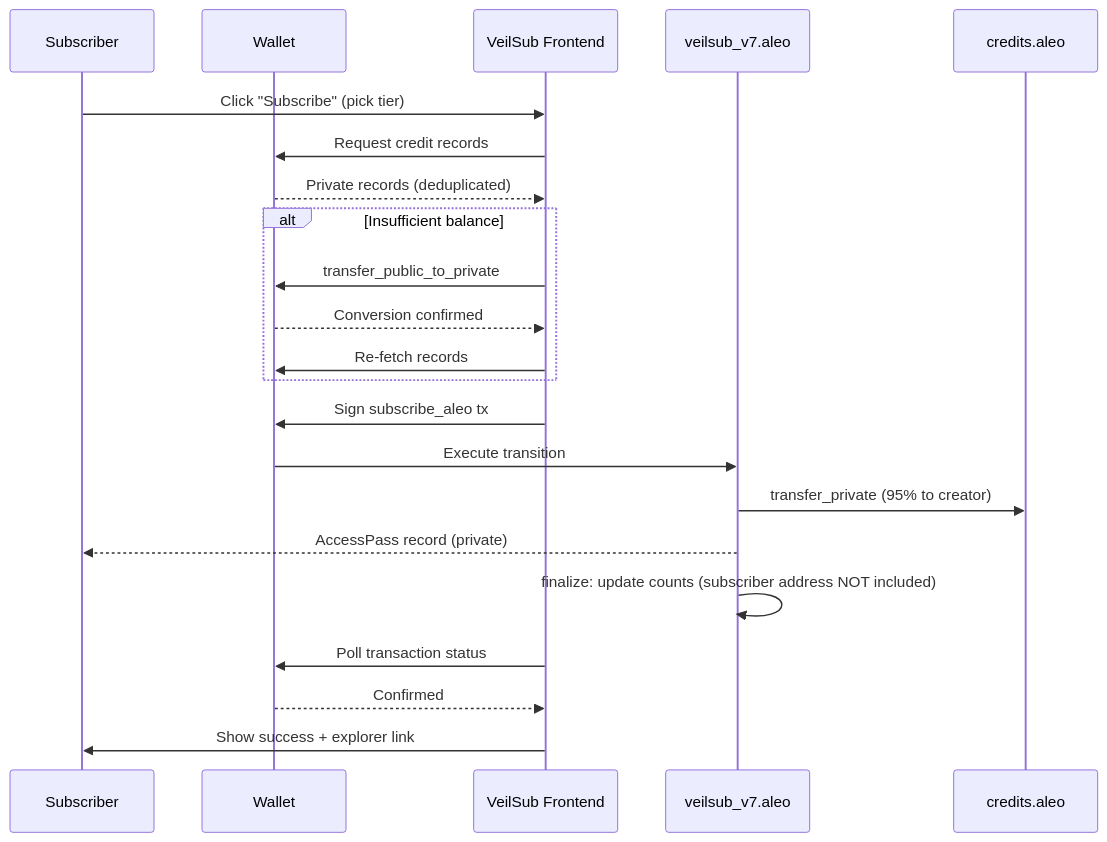
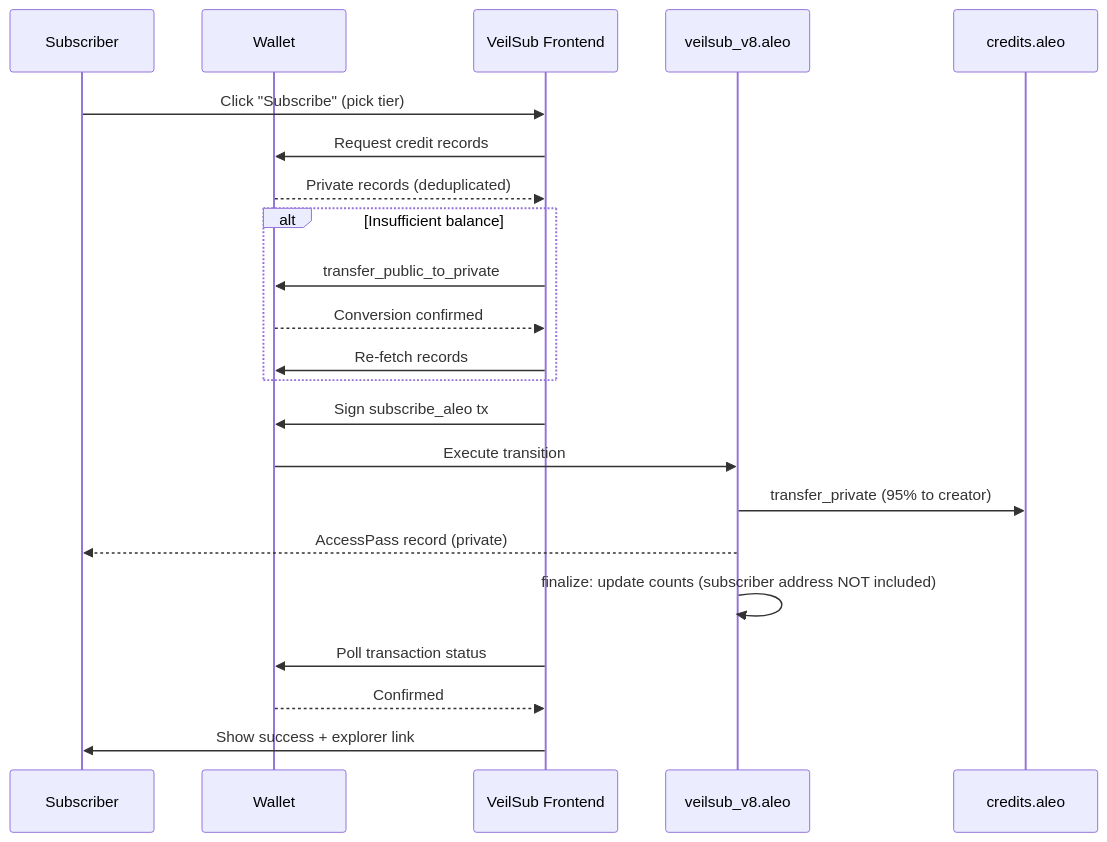
Before and after one commit to Pratiikpy/Veil-Sub: the second of 3 diagrams in README.md, drawn with Mermaid. The commit also changed other lines of this file and 6 other files, not shown here.

````diff
--- a/README.md
+++ b/README.md
@@ -126,28 +126,28 @@
 ```mermaid
 sequenceDiagram
     participant S as Subscriber
     participant W as Wallet
     participant V as VeilSub Frontend
-    participant A as veilsub_v7.aleo
+    participant A as veilsub_v8.aleo
     participant C as credits.aleo
 
     S->>V: Click "Subscribe" (pick tier)
     V->>W: Request credit records
     W-->>V: Private records (deduplicated)
 
     alt Insufficient balance
         V->>W: transfer_public_to_private
         W-->>V: Conversion confirmed
         V->>W: Re-fetch records
     end
 
     V->>W: Sign subscribe_aleo tx
     W->>A: Execute transition
     A->>C: transfer_private (95% to creator)
     A-->>S: AccessPass record (private)
     A->>A: finalize: update counts (subscriber address NOT included)
 
     V->>W: Poll transaction status
     W-->>V: Confirmed
     V->>S: Show success + explorer link
 ```
````
